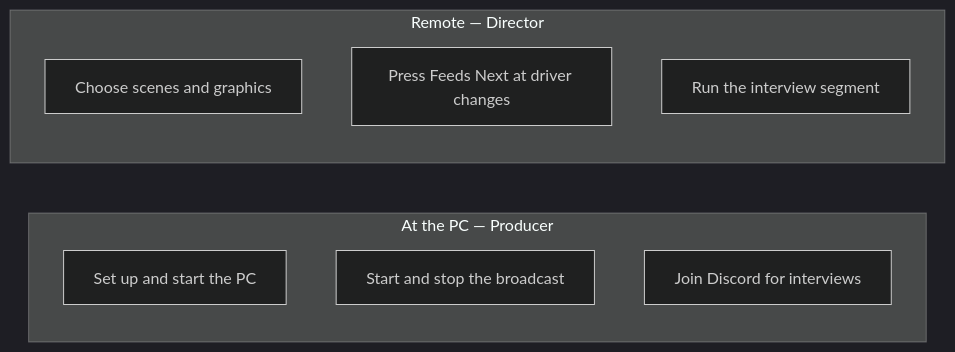
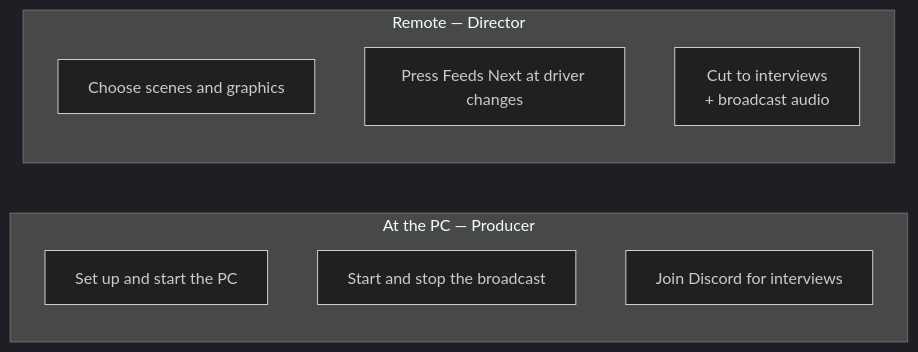
One commit to jegr78/gt-endurance-racing-broadcast changed the diagram in src/docs/wiki/Who-does-what.md. Above: the diagram before and after it, drawn with Mermaid (dark theme). The commit also changed other lines of this file and 14 other files, not shown here.

````diff
--- a/src/docs/wiki/Who-does-what.md
+++ b/src/docs/wiki/Who-does-what.md
@@ -6,13 +6,13 @@
 ```mermaid
 flowchart LR
   subgraph P["At the PC — Producer"]
     P1["Set up and start the PC"]
     P2["Start and stop the broadcast"]
     P3["Join Discord for interviews"]
   end
   subgraph D["Remote — Director"]
     D1["Choose scenes and graphics"]
     D2["Press Feeds Next at driver changes"]
-    D3["Run the interview segment"]
+    D3["Cut to interviews<br/>+ broadcast audio"]
   end
 ```
````
